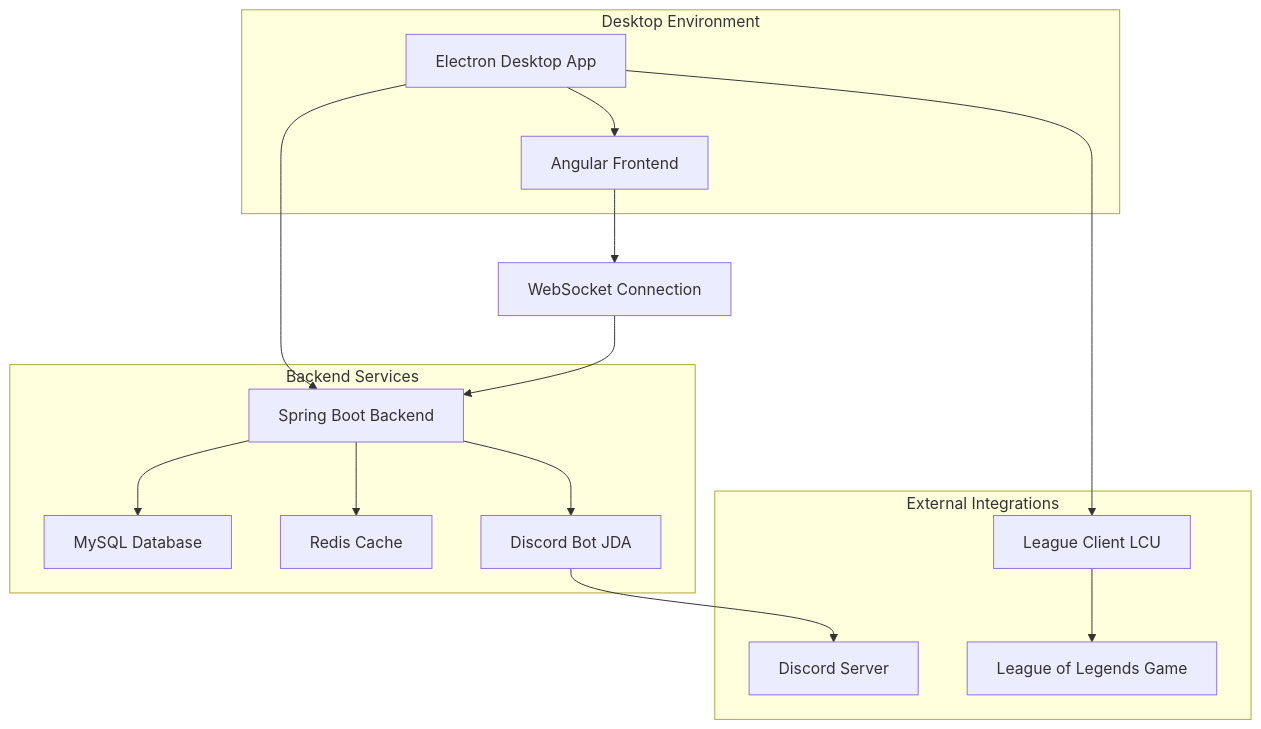
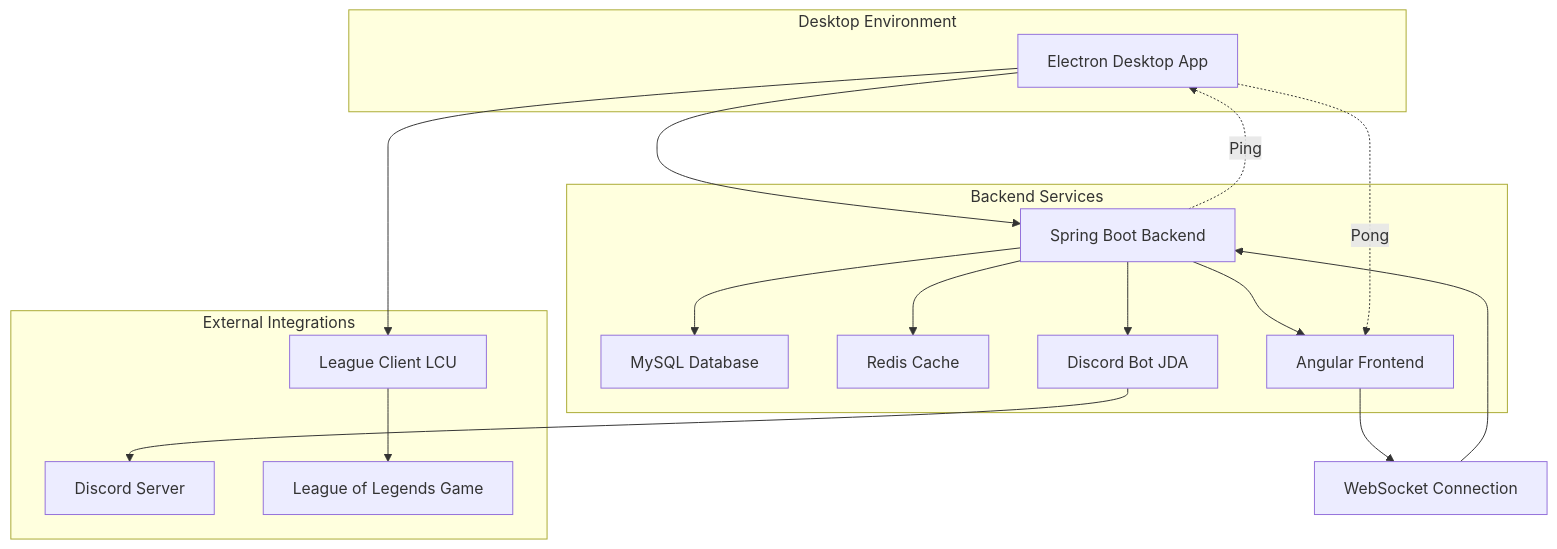
The diagram in portfolio/public/assets/portfolio_md/README - LOL Matchmaking.md (wmakeouthill/wmakeouthill.github.io), drawn with Mermaid before and after one commit. The commit also changed other lines of this file and 8 other files, not shown here.

````diff
--- a/portfolio/public/assets/portfolio_md/README - LOL Matchmaking.md
+++ b/portfolio/public/assets/portfolio_md/README - LOL Matchmaking.md
@@ -11,31 +17,36 @@
 ```mermaid
+%%{title: "Arquitetura Geral do Sistema LOL Matchmaking"}%%
 graph TB
     A[Electron Desktop App] --> B[Spring Boot Backend]
     B --> C[MySQL Database]
     B --> D[Redis Cache]
     B --> E[Discord Bot JDA]
-    A --> F[League Client LCU]
-    A --> G[Angular Frontend]
-    G --> H[WebSocket Connection]
-    H --> B
+    B --> F[Angular Frontend]
+    F --> G[WebSocket Connection]
+    G --> B
+    A --> H[League Client LCU]
     E --> I[Discord Server]
-    F --> J[League of Legends Game]
+    H --> J[League of Legends Game]
+    
+    %% Fluxo de comunicação
+    B -.->|Ping| A
+    A -.->|Pong| F
     
     subgraph "Desktop Environment"
         A
-        G
     end
     
     subgraph "Backend Services"
         B
         C
         D
         E
+        F
     end
     
     subgraph "External Integrations"
-        F
+        H
         I
         J
     end
 ```
````
